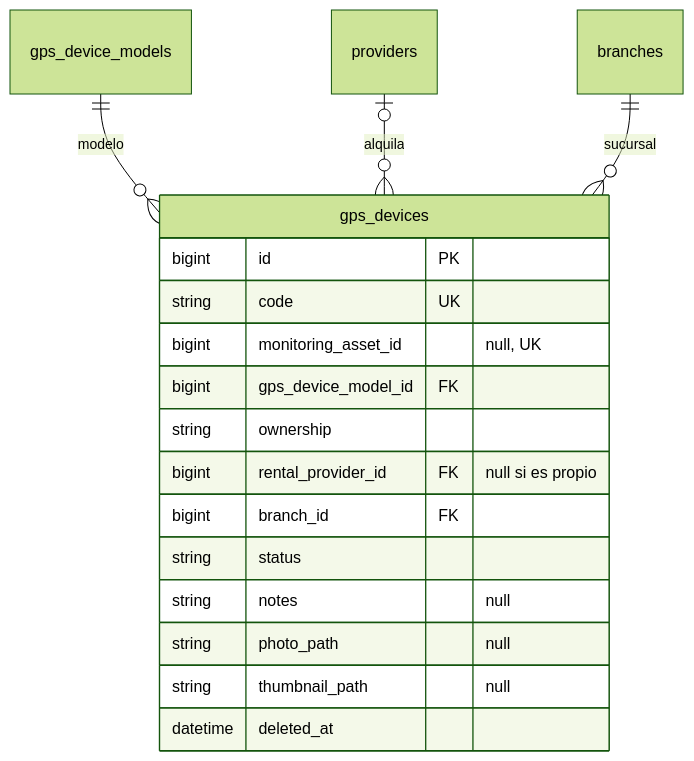
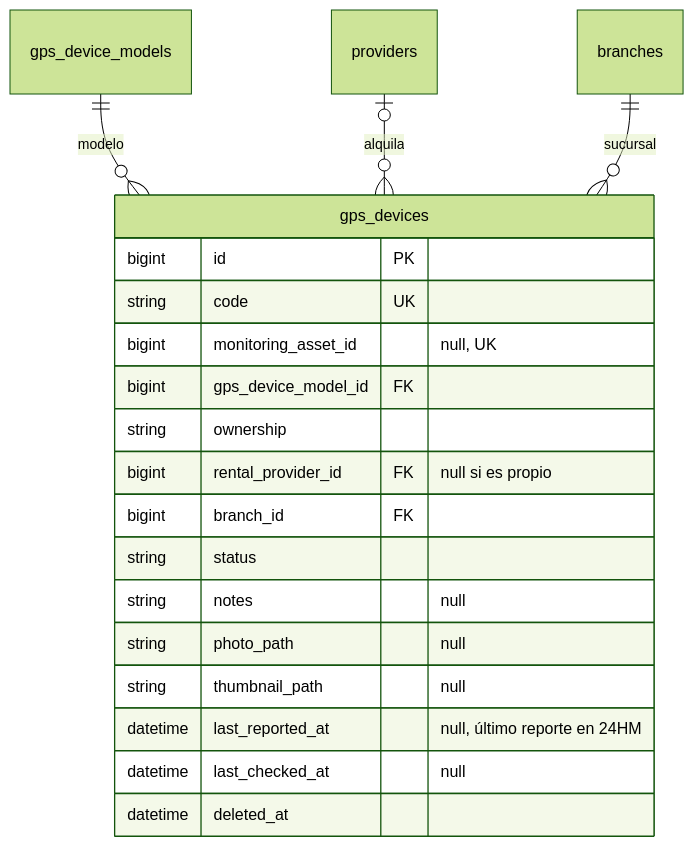
Diagram 15 of 15 in docs/database.md (Cerati1998/SIGLA-TOS), drawn with Mermaid (forest theme) before and after one commit. The commit also changed other lines of this file and 7 other files, not shown here.

Commit message:
feat(H42): conexión con 24HM y columnas del último reporte del dispositivo GPS

````diff
--- a/docs/database.md
+++ b/docs/database.md
@@ -679,21 +680,23 @@
 ```mermaid
 erDiagram
   gps_device_models ||--o{ gps_devices : "modelo"
   providers |o--o{ gps_devices : "alquila"
   branches ||--o{ gps_devices : "sucursal"
 
   gps_devices {
     bigint id PK
     string code UK
     bigint monitoring_asset_id "null, UK"
     bigint gps_device_model_id FK
     string ownership
     bigint rental_provider_id FK "null si es propio"
     bigint branch_id FK
     string status
     string notes "null"
     string photo_path "null"
     string thumbnail_path "null"
+    datetime last_reported_at "null, último reporte en 24HM"
+    datetime last_checked_at "null"
     datetime deleted_at
   }
 ```
````
